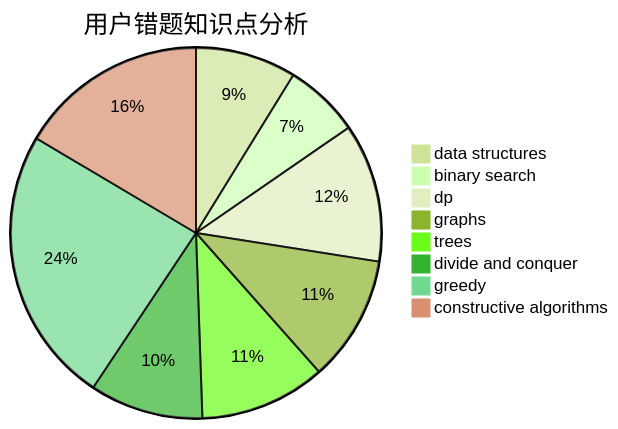
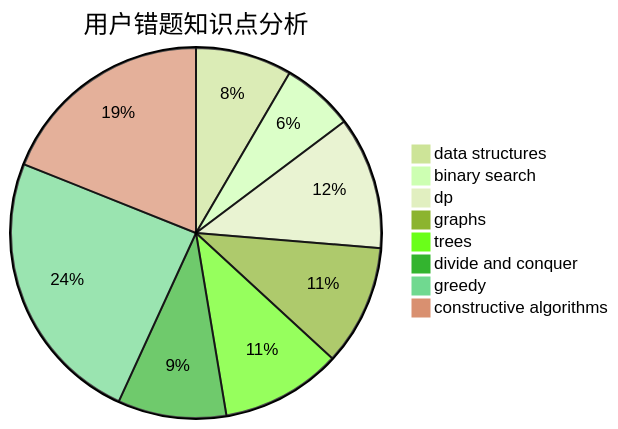
Before and after one commit to sherpahu/cfrs.github.io: the third of 3 diagrams in docs/user/u2576.md, drawn with Mermaid (forest theme). The commit also changed other lines of this file and 2770 other files, not shown here.

````diff
--- a/docs/user/u2576.md
+++ b/docs/user/u2576.md
@@ -36,11 +36,11 @@
 ```mermaid
 pie title 用户错题知识点分析
     "data structures" :  8
     "binary search" :  6
     "dp" :  11
     "graphs" :  10
     "trees" :  10
     "divide and conquer" :  9
-    "greedy" :  22
-    "constructive algorithms" :  15
+    "greedy" :  23
+    "constructive algorithms" :  18
 ```
````
